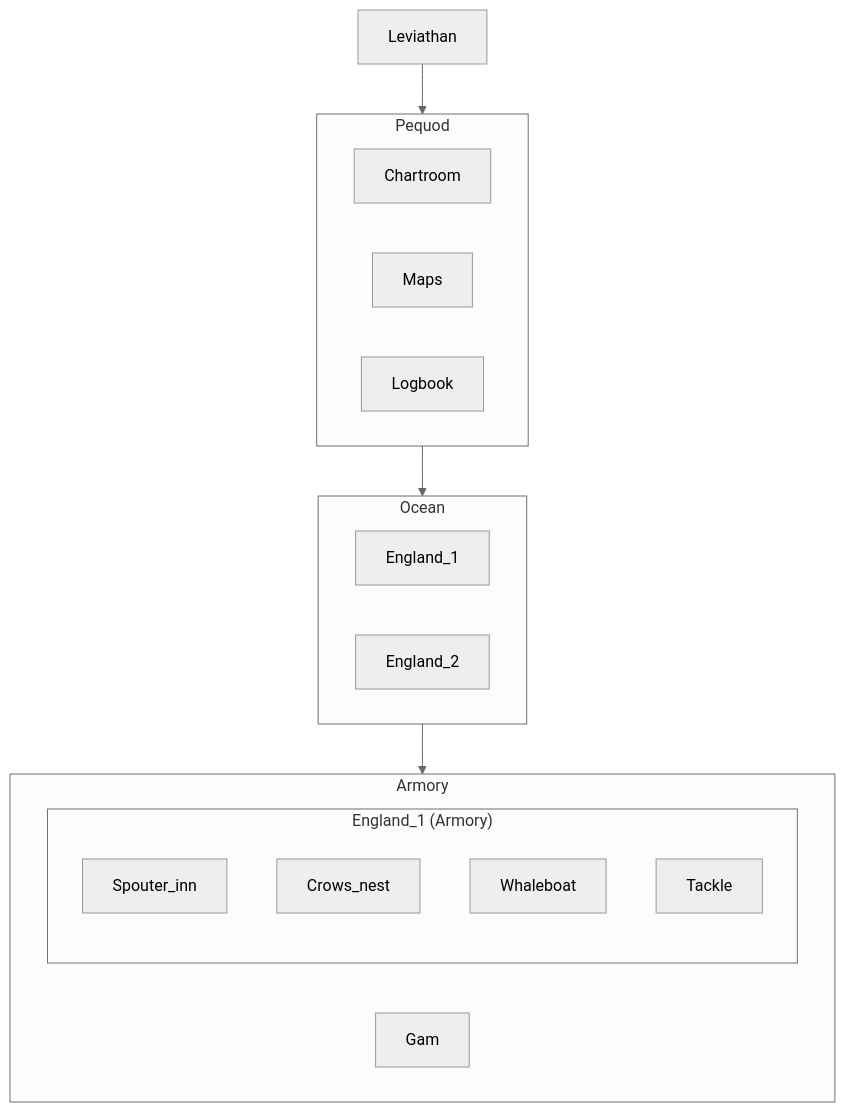
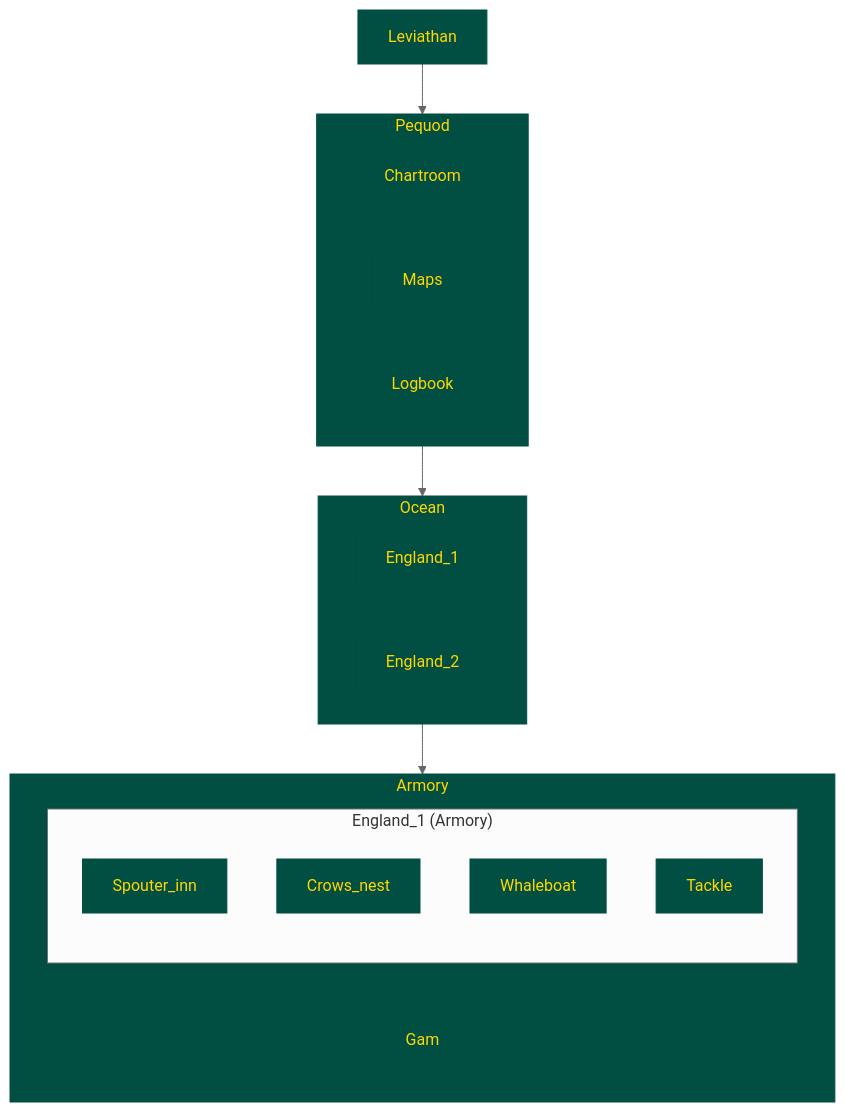
One commit to michael-knight-10586/Leviathan changed the diagram in Nantucket/directory_glossary.md. Above: the diagram before and after it, drawn with Mermaid (neutral theme).

Commit message:
chore: update Mermaid styling to dark-sea-green & gold

````diff
--- a/Nantucket/directory_glossary.md
+++ b/Nantucket/directory_glossary.md
@@ -18,28 +18,33 @@
 ```mermaid
 flowchart TB
-  Leviathan["Leviathan"]
-  Leviathan --> Pequod["Pequod"]
-  Pequod --> Ocean["Ocean"]
-  Ocean --> Armory["Armory"]
+  %% Define a default style for all nodes
+  classDef default fill:#014F43,stroke:#014F43,color:gold;
 
+  %% Top-level flow
+  Leviathan["Leviathan"]:::default
+  Leviathan --> Pequod["Pequod"]:::default
+  Pequod --> Ocean["Ocean"]:::default
+  Ocean --> Armory["Armory"]:::default
+
+  %% Subgraphs
   subgraph Pequod
-    Chartroom["Chartroom"]
-    Maps["Maps"]
-    Logbook["Logbook"]
+    Chartroom["Chartroom"]:::default
+    Maps["Maps"]:::default
+    Logbook["Logbook"]:::default
   end
 
   subgraph Ocean
-    England_1["England_1"]
-    England_2["England_2"]
+    England_1["England_1"]:::default
+    England_2["England_2"]:::default
   end
 
   subgraph Armory
-    Gam["Gam"]
+    Gam["Gam"]:::default
     subgraph Armory_England1["England_1 (Armory)"]
-      Spouter_inn["Spouter_inn"]
-      Crows_nest["Crows_nest"]
-      Whaleboat["Whaleboat"]
-      Tackle["Tackle"]
+      Spouter_inn["Spouter_inn"]:::default
+      Crows_nest["Crows_nest"]:::default
+      Whaleboat["Whaleboat"]:::default
+      Tackle["Tackle"]:::default
     end
   end
 ```
````
